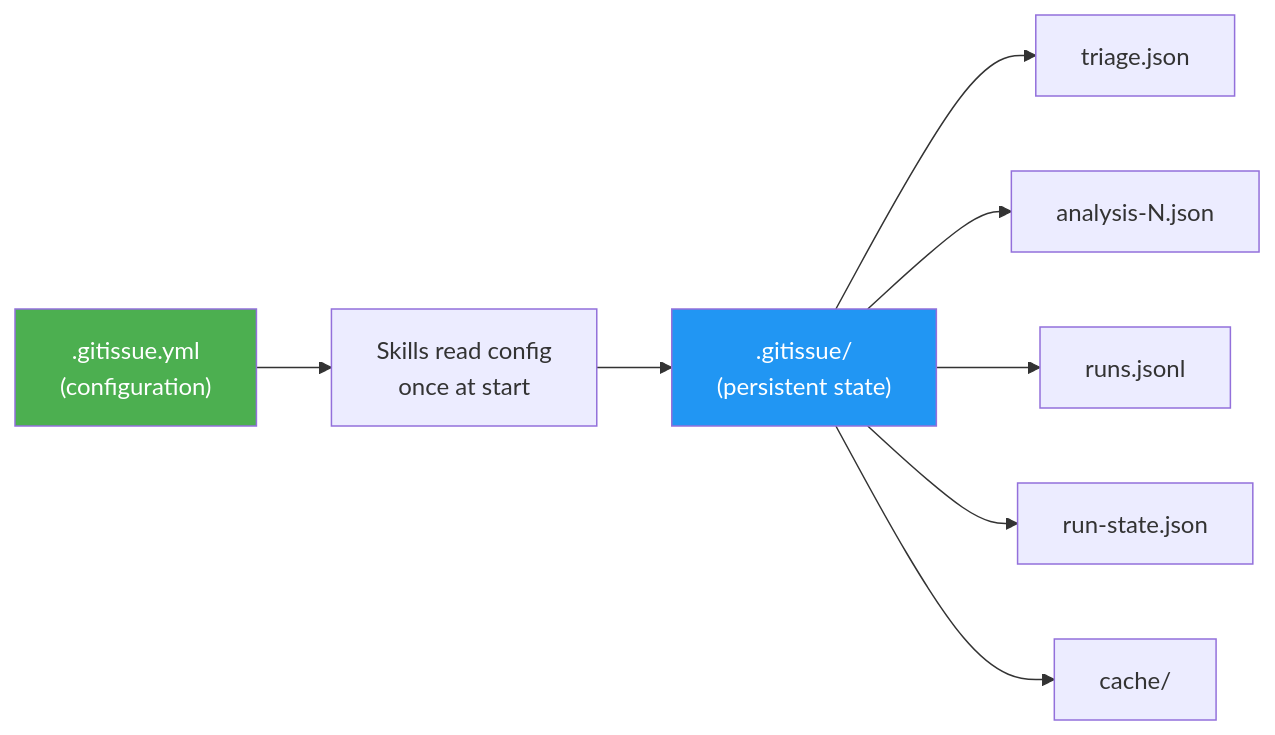
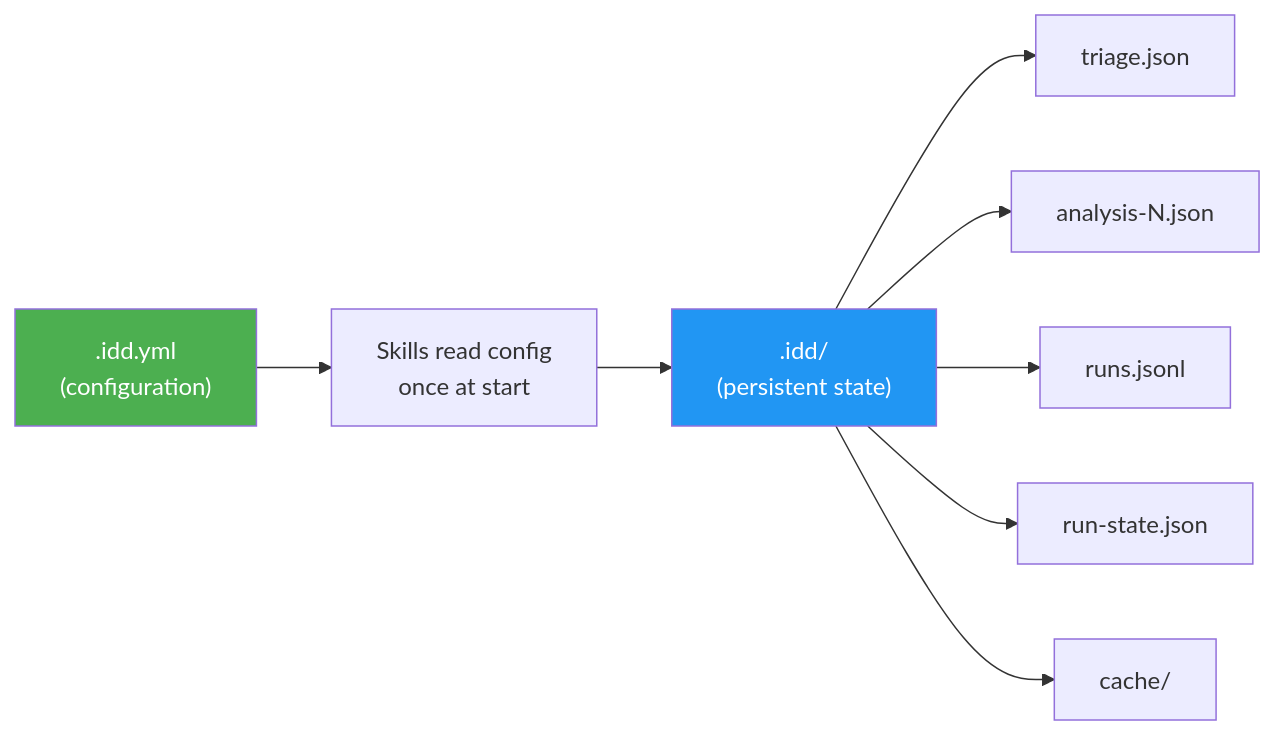
Before and after one commit to luongnv89/idd: the fourth of 4 diagrams in docs/ARCHITECTURE.md, drawn with Mermaid. The commit also changed other lines of this file and 370 other files, not shown here.

First line of the commit message:
refactor(naming): rename gitissue to idd across config, init skill, and references (#537) (#538)

````diff
--- a/docs/ARCHITECTURE.md
+++ b/docs/ARCHITECTURE.md
@@ -165,13 +165,13 @@
 ```mermaid
 graph LR
-    Config[".gitissue.yml<br/>(configuration)"] --> Skills["Skills read config<br/>once at start"]
-    Skills --> State[".gitissue/<br/>(persistent state)"]
+    Config[".idd.yml<br/>(configuration)"] --> Skills["Skills read config<br/>once at start"]
+    Skills --> State[".idd/<br/>(persistent state)"]
     State --> TJ["triage.json"]
     State --> AJ["analysis-N.json"]
     State --> RL["runs.jsonl"]
     State --> RS["run-state.json"]
     State --> CA["cache/"]
 
     style Config fill:#4CAF50,color:#fff
     style State fill:#2196F3,color:#fff
 ```
````
